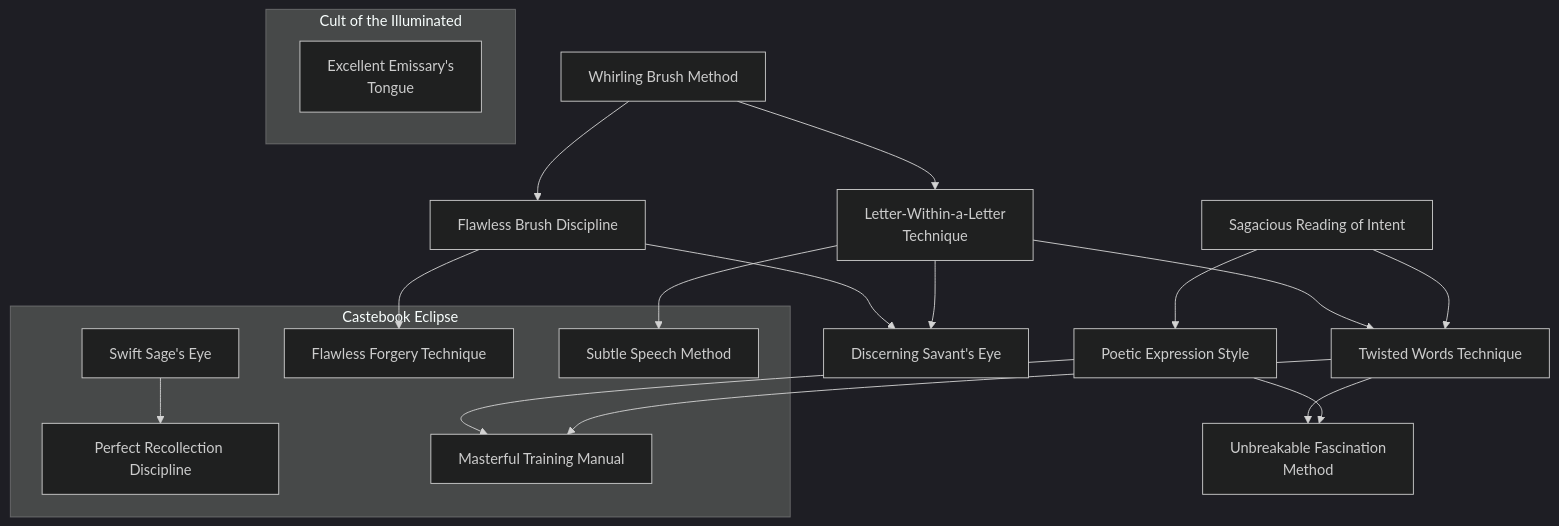
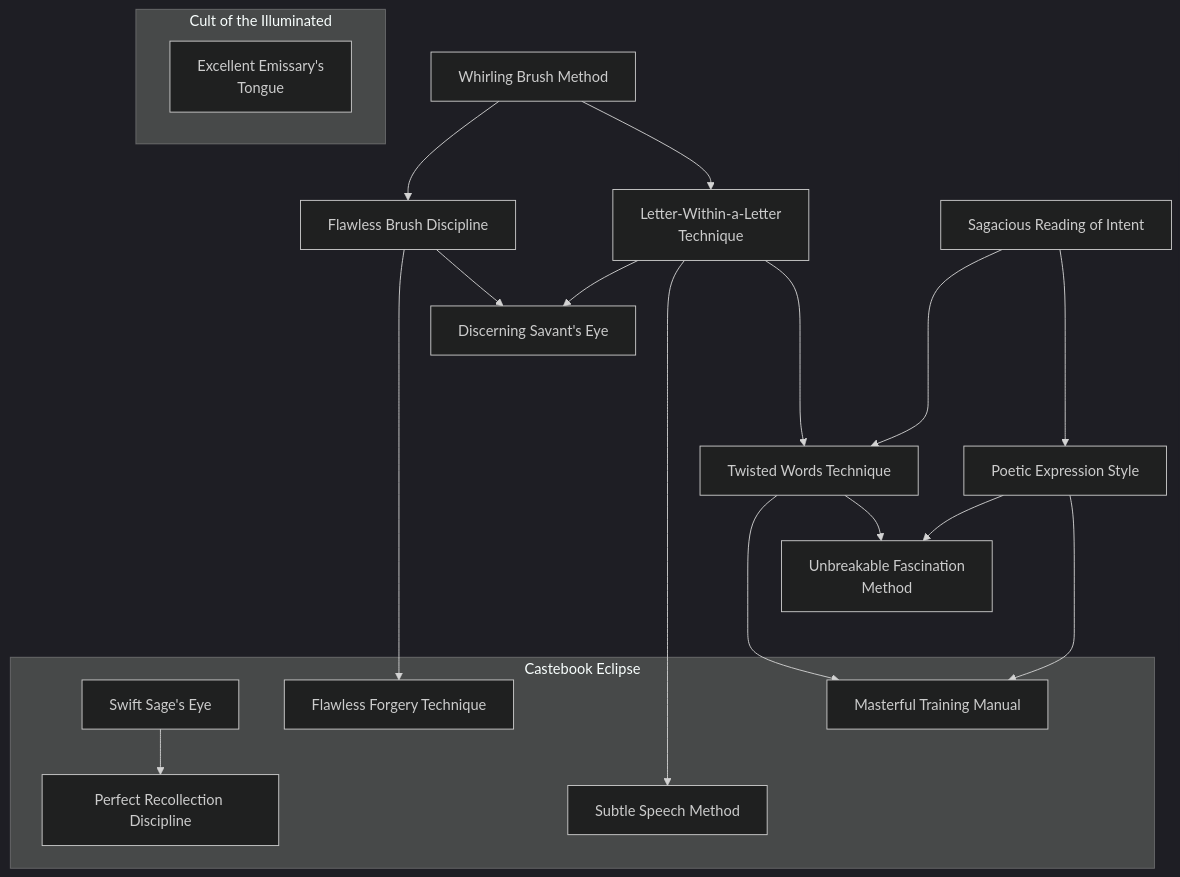
The diagram in docs/mermaid/solar/eclipse_linguistics.mmd (jrobichaud/exalted-charms-1e), drawn with Mermaid before and after one commit. The commit also changed 56 other files, not shown here.

Commit message:
Reorder graphs for readability

```diff
--- a/docs/mermaid/solar/eclipse_linguistics.mmd
+++ b/docs/mermaid/solar/eclipse_linguistics.mmd
@@ -83,8 +83,6 @@
         "
 
     discerning_savants_eye[Discerning Savant's Eye]
-    flawless_brush_discipline --> discerning_savants_eye
-    letter_within_a_letter_technique --> discerning_savants_eye
     click discerning_savants_eye callback "
         Discerning Savant's Eye<br>
         <br>
@@ -131,7 +129,6 @@
         "
 
     poetic_expression_style[Poetic Expression Style]
-    sagacious_reading_of_intent --> poetic_expression_style
     click poetic_expression_style callback "
         Poetic Expression Style<br>
         <br>
@@ -156,8 +153,6 @@
         "
 
     twisted_words_technique[Twisted Words Technique]
-    letter_within_a_letter_technique --> twisted_words_technique
-    sagacious_reading_of_intent --> twisted_words_technique
     click twisted_words_technique callback "
         Twisted Words Technique<br>
         <br>
@@ -183,38 +178,6 @@
         on the surface while the subtext is negative, or vice versa.
         "
 
-    unbreakable_fascination_method[Unbreakable Fascination<br>Method]
-    twisted_words_technique --> unbreakable_fascination_method
-    poetic_expression_style --> unbreakable_fascination_method
-    click unbreakable_fascination_method callback "
-        Unbreakable Fascination Method<br>
-        <br>
-        Cost: 8 motes, 1 health level per hour<br>
-        Duration: Special<br>
-        Type: Simple<br>
-        Minimum Linguistics: 5<br>
-        Minimum Essence: 3<br>
-        Prerequisite Charms: Poetic Expression Style, Twisted Words Technique<br>
-        <br>
-        A character using this Charm can speak in such a magnetic
-        and engaging fashion that listeners simply cannot do anything
-        else but pay attention to what he's saying. When he activates this
-        Charm, the Exalted's player makes a Manipulation + Linguistics
-        roll. Thereafter, players of characters with an Essence less than
-        the Exalted's who hear the Chosen speak must make a reflexive
-        Willpower roll with a difficulty equal to the number of successes
-        made on the Linguistics roll. Those who fail are entranced by the
-        character's voice and are held enraptured until the character
-        ceases speaking for more than a few seconds.<br>
-        It is not necessary to speak the Exalted's language to
-        succumb to this power. Attack or other obvious open hostility
-        causes the effect of this Charm to end. However, only direct
-        physical danger will disrupt the effect. A brave or suicidal Exalted
-        could, for example, use Unbreakable Fascination Method to
-        keep a platoon of guards in a burning building with him until it
-        was fully aflame, but they would not stand there listening as the
-        flaming timbers started crashing down around them.
-        "
 
     subgraph Castebook Eclipse
         swift_sages_eye[Swift Sage's Eye]
@@ -372,11 +335,6 @@
             in the libraries of certain Dynasts or Sidereals.
             "
     end
-    swift_sages_eye --> perfect_recollection_discipline
-    flawless_brush_discipline --> flawless_forgery_technique
-    letter_within_a_letter_technique --> subtle_speech_method
-    poetic_expression_style --> masterful_training_manual
-    twisted_words_technique --> masterful_training_manual
 
     subgraph Cult of the Illuminated
         excellent_emissarys_tongue[Excellent Emissary's<br>Tongue]
@@ -402,3 +360,47 @@
             language fades immediately.
             "
     end
+
+    unbreakable_fascination_method[Unbreakable Fascination<br>Method]
+    click unbreakable_fascination_method callback "
+        Unbreakable Fascination Method<br>
+        <br>
+        Cost: 8 motes, 1 health level per hour<br>
+        Duration: Special<br>
+        Type: Simple<br>
+        Minimum Linguistics: 5<br>
+        Minimum Essence: 3<br>
+        Prerequisite Charms: Poetic Expression Style, Twisted Words Technique<br>
+        <br>
+        A character using this Charm can speak in such a magnetic
+        and engaging fashion that listeners simply cannot do anything
+        else but pay attention to what he's saying. When he activates this
+        Charm, the Exalted's player makes a Manipulation + Linguistics
+        roll. Thereafter, players of characters with an Essence less than
+        the Exalted's who hear the Chosen speak must make a reflexive
+        Willpower roll with a difficulty equal to the number of successes
+        made on the Linguistics roll. Those who fail are entranced by the
+        character's voice and are held enraptured until the character
+        ceases speaking for more than a few seconds.<br>
+        It is not necessary to speak the Exalted's language to
+        succumb to this power. Attack or other obvious open hostility
+        causes the effect of this Charm to end. However, only direct
+        physical danger will disrupt the effect. A brave or suicidal Exalted
+        could, for example, use Unbreakable Fascination Method to
+        keep a platoon of guards in a burning building with him until it
+        was fully aflame, but they would not stand there listening as the
+        flaming timbers started crashing down around them.
+        "
+
+    swift_sages_eye --> perfect_recollection_discipline
+    flawless_brush_discipline --> flawless_forgery_technique
+    flawless_brush_discipline --> discerning_savants_eye
+    letter_within_a_letter_technique --> discerning_savants_eye
+    letter_within_a_letter_technique -------> subtle_speech_method
+    poetic_expression_style --> unbreakable_fascination_method
+    poetic_expression_style ---> masterful_training_manual
+    twisted_words_technique ---> masterful_training_manual
+    twisted_words_technique --> unbreakable_fascination_method
+    sagacious_reading_of_intent ----> twisted_words_technique
+    letter_within_a_letter_technique ----> twisted_words_technique
+    sagacious_reading_of_intent --> poetic_expression_style
```
